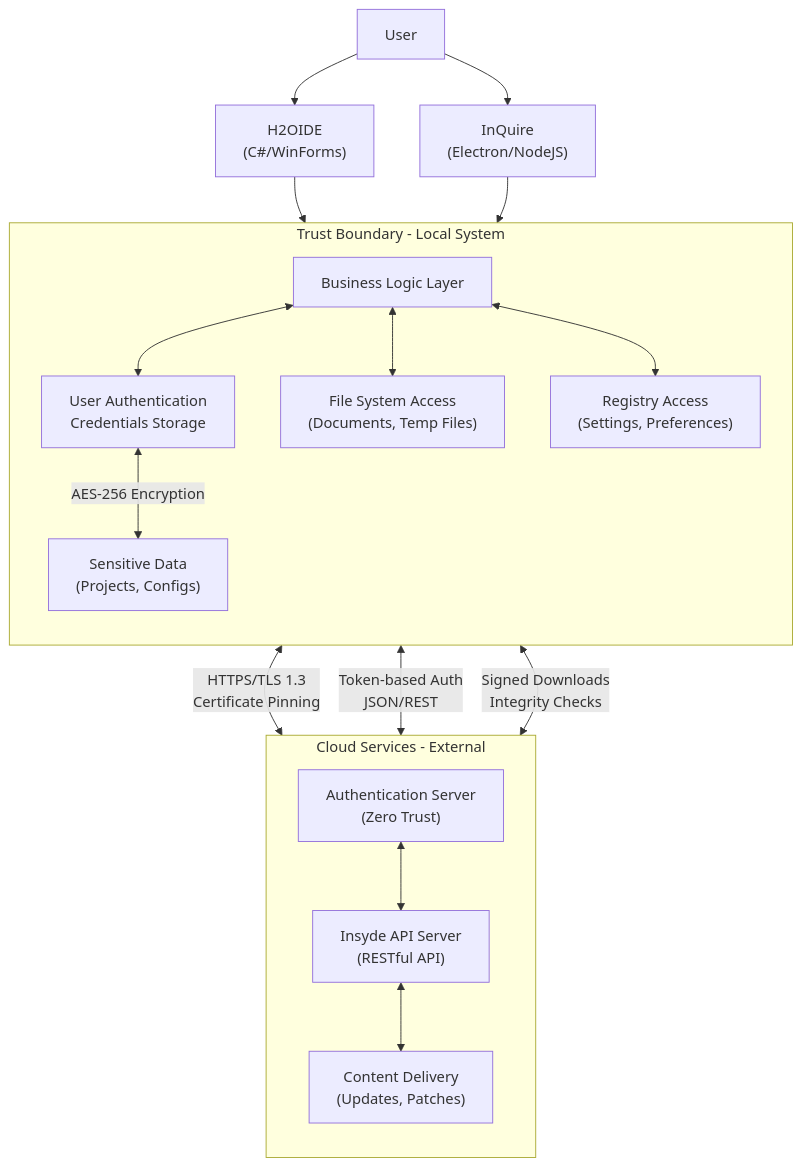
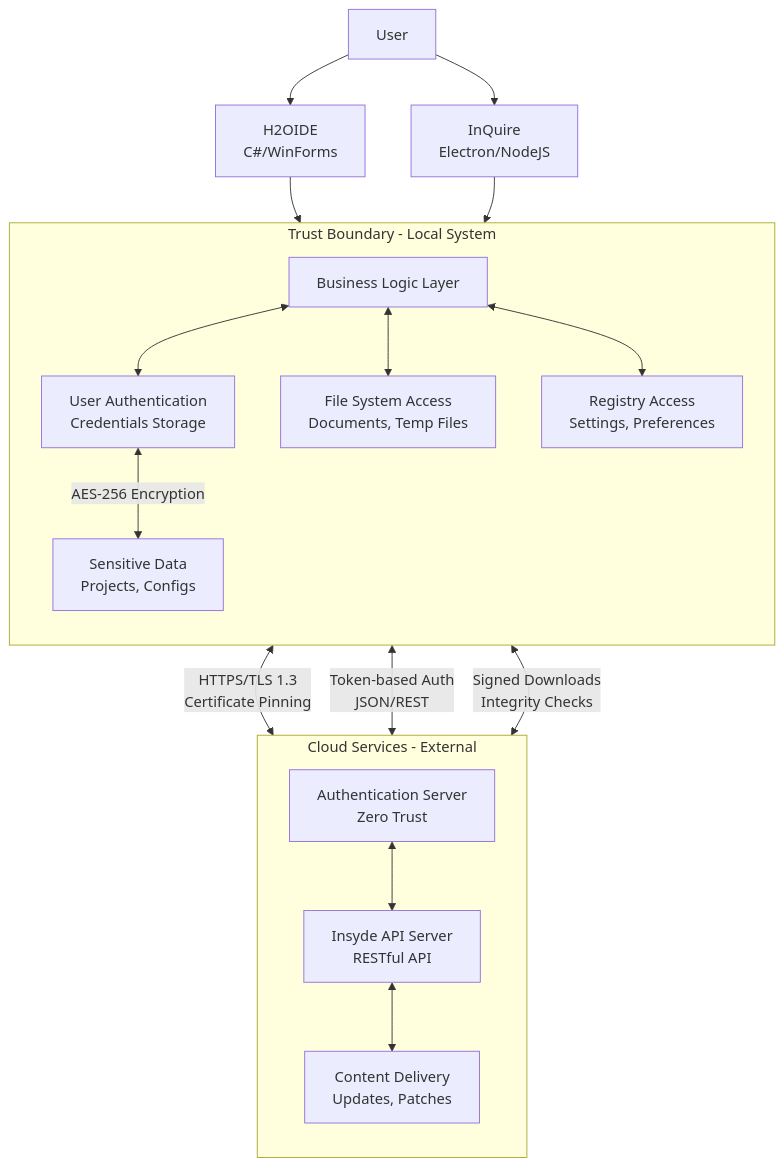
Before and after one commit to bollinmore/threat_model: the diagram in page/windows-app-threat-model.md, drawn with Mermaid. The commit also changed other lines of this file, not shown here.

````diff
--- a/page/windows-app-threat-model.md
+++ b/page/windows-app-threat-model.md
@@ -30,39 +28,39 @@
 ```mermaid
 graph TB
   User["User"]
-  H2O["H2OIDE<br/>(C#/WinForms)"]
-  INQ["InQuire<br/>(Electron/NodeJS)"]
+  H2O["H2OIDE<br/>C#/WinForms"]
+  INQ["InQuire<br/>Electron/NodeJS"]
   BL["Business Logic Layer"]
 
   User --> H2O
   User --> INQ
   H2O --> BL
   INQ --> BL
 
   subgraph TrustBoundary [Trust Boundary - Local System]
     direction TB
     LT["User Authentication<br/>Credentials Storage"]
-    LS["Sensitive Data<br/>(Projects, Configs)"]
-    LF["File System Access<br/>(Documents, Temp Files)"]
-    LR["Registry Access<br/>(Settings, Preferences)"]
+    LS["Sensitive Data<br/>Projects, Configs"]
+    LF["File System Access<br/>Documents, Temp Files"]
+    LR["Registry Access<br/>Settings, Preferences"]
     
     LT <--"AES-256 Encryption"--> LS
     BL <--> LT
     BL <--> LF
     BL <--> LR
   end
 
   subgraph CloudServices [Cloud Services - External]
     direction TB
-    AuthSrv["Authentication Server<br/>(Zero Trust)"]
-    APISrv["Insyde API Server<br/>(RESTful API)"]
-    CDN["Content Delivery<br/>(Updates, Patches)"]
+    AuthSrv["Authentication Server<br/>Zero Trust"]
+    APISrv["Insyde API Server<br/>RESTful API"]
+    CDN["Content Delivery<br/>Updates, Patches"]
     
     AuthSrv <--> APISrv
     APISrv <--> CDN
   end
 
-  BL <--"HTTPS/TLS 1.3<br/>Certificate Pinning"--> AuthSrv
-  BL <--"Token-based Auth<br/>JSON/REST"--> APISrv
-  BL <--"Signed Downloads<br/>Integrity Checks"--> CDN
+  BL <--"HTTPS/TLS 1.3\nCertificate Pinning"--> AuthSrv
+  BL <--"Token-based Auth\nJSON/REST"--> APISrv
+  BL <--"Signed Downloads\nIntegrity Checks"--> CDN
 ```
````
